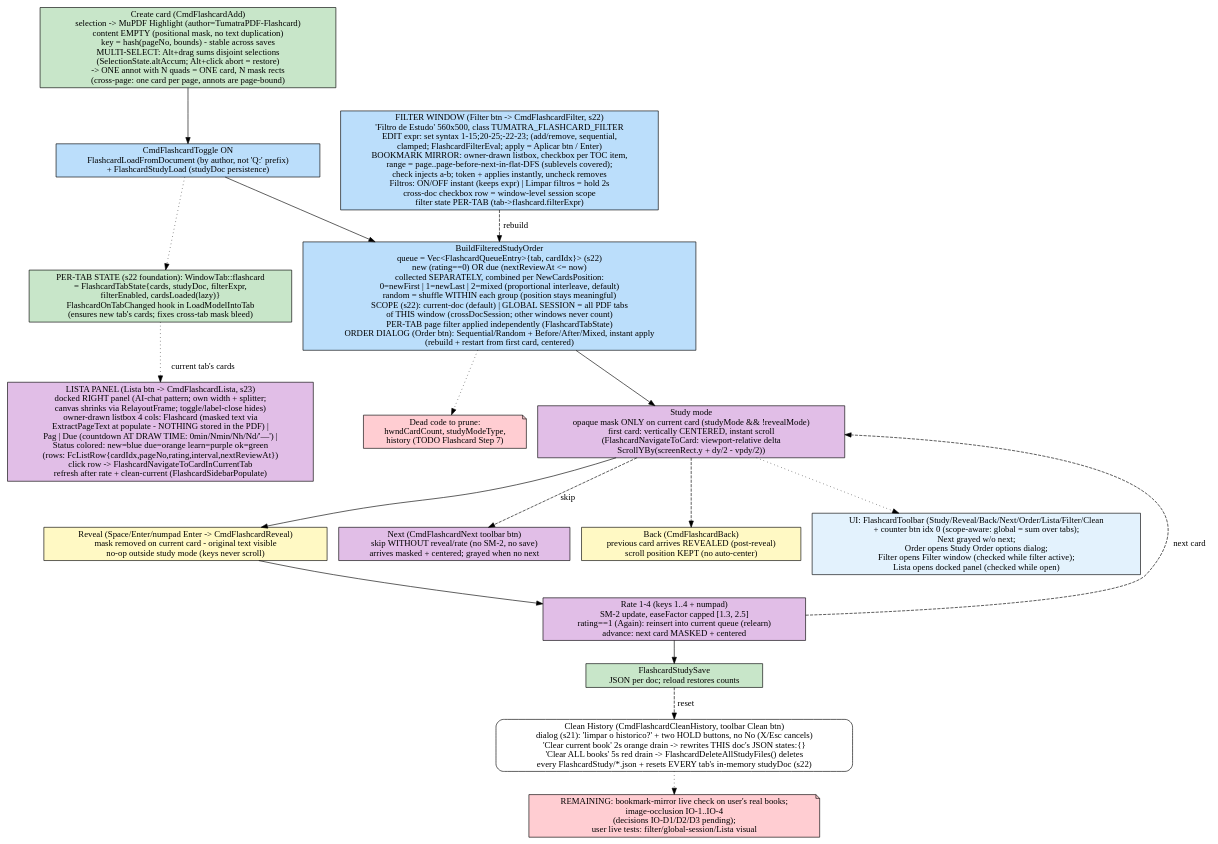
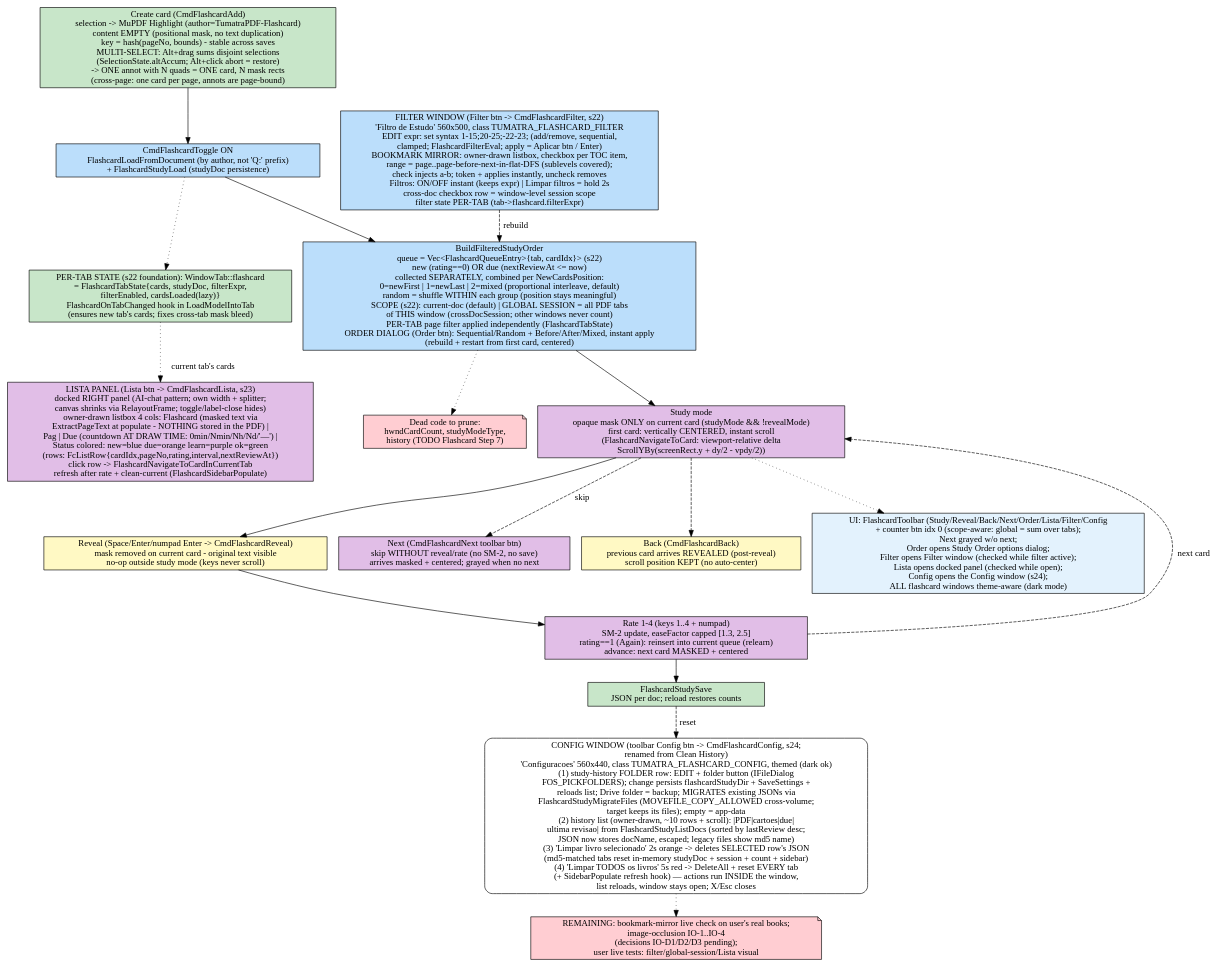
The diagram in FLOW/flashcard.dot (FelipeTesta/TumatraPDF), drawn with Graphviz before and after one commit. The commit also changed 38 other files, not shown here.

```diff
--- a/FLOW/flashcard.dot
+++ b/FLOW/flashcard.dot
@@ -1,37 +1,37 @@
 digraph Flashcard {
     rankdir=TB;
     node [shape=box, style=rounded];
 
     create [label="Create card (CmdFlashcardAdd)\nselection -> MuPDF Highlight (author=TumatraPDF-Flashcard)\ncontent EMPTY (positional mask, no text duplication)\nkey = hash(pageNo, bounds) - stable across saves\nMULTI-SELECT: Alt+drag sums disjoint selections\n(SelectionState.altAccum; Alt+click abort = restore)\n-> ONE annot with N quads = ONE card, N mask rects\n(cross-page: one card per page, annots are page-bound)", fillcolor="#c8e6c9", style=filled];
     load [label="CmdFlashcardToggle ON\nFlashcardLoadFromDocument (by author, not 'Q:' prefix)\n+ FlashcardStudyLoad (studyDoc persistence)", fillcolor="#bbdefb", style=filled];
     filter [label="BuildFilteredStudyOrder\nqueue = Vec<FlashcardQueueEntry>{tab, cardIdx}> (s22)\nnew (rating==0) OR due (nextReviewAt <= now)\ncollected SEPARATELY, combined per NewCardsPosition:\n0=newFirst | 1=newLast | 2=mixed (proportional interleave, default)\nrandom = shuffle WITHIN each group (position stays meaningful)\nSCOPE (s22): current-doc (default) | GLOBAL SESSION = all PDF tabs\nof THIS window (crossDocSession; other windows never count)\nPER-TAB page filter applied independently (FlashcardTabState)\nORDER DIALOG (Order btn): Sequential/Random + Before/After/Mixed, instant apply\n(rebuild + restart from first card, centered)", fillcolor="#bbdefb", style=filled];
     filterdlg [label="FILTER WINDOW (Filter btn -> CmdFlashcardFilter, s22)\n'Filtro de Estudo' 560x500, class TUMATRA_FLASHCARD_FILTER\nEDIT expr: set syntax 1-15;20-25;-22-23; (add/remove, sequential,\nclamped; FlashcardFilterEval; apply = Aplicar btn / Enter)\nBOOKMARK MIRROR: owner-drawn listbox, checkbox per TOC item,\nrange = page..page-before-next-in-flat-DFS (sublevels covered);\ncheck injects a-b; token + applies instantly, uncheck removes\nFiltros: ON/OFF instant (keeps expr) | Limpar filtros = hold 2s\ncross-doc checkbox row = window-level session scope\nfilter state PER-TAB (tab->flashcard.filterExpr)", fillcolor="#bbdefb", style=filled];
     filterdlg -> filter [style=dashed, label="rebuild"];
     study [label="Study mode\nopaque mask ONLY on current card (studyMode && !revealMode)\nfirst card: vertically CENTERED, instant scroll\n(FlashcardNavigateToCard: viewport-relative delta\nScrollYBy(screenRect.y + dy/2 - vpdy/2))", fillcolor="#e1bee7", style=filled];
     reveal [label="Reveal (Space/Enter/numpad Enter -> CmdFlashcardReveal)\nmask removed on current card - original text visible\nno-op outside study mode (keys never scroll)", fillcolor="#fff9c4", style=filled];
     rate [label="Rate 1-4 (keys 1..4 + numpad)\nSM-2 update, easeFactor capped [1.3, 2.5]\nrating==1 (Again): reinsert into current queue (relearn)\nadvance: next card MASKED + centered", fillcolor="#e1bee7", style=filled];
     next [label="Next (CmdFlashcardNext toolbar btn)\nskip WITHOUT reveal/rate (no SM-2, no save)\narrives masked + centered; grayed when no next", fillcolor="#e1bee7", style=filled];
     back [label="Back (CmdFlashcardBack)\nprevious card arrives REVEALED (post-reveal)\nscroll position KEPT (no auto-center)", fillcolor="#fff9c4", style=filled];
     persist [label="FlashcardStudySave\nJSON per doc; reload restores counts", fillcolor="#c8e6c9", style=filled];
 
     create -> load -> filter -> study -> reveal -> rate -> persist;
     rate -> study [style=dashed, label="next card"];
     study -> next [style=dashed, label="skip"];
     study -> back [style=dashed];
 
-    clean [label="Clean History (CmdFlashcardCleanHistory, toolbar Clean btn)\ndialog (s21): 'limpar o historico?' + two HOLD buttons, no No (X/Esc cancels)\n'Clear current book' 2s orange drain -> rewrites THIS doc's JSON states:{}\n'Clear ALL books' 5s red drain -> FlashcardDeleteAllStudyFiles() deletes\nevery FlashcardStudy/*.json + resets EVERY tab's in-memory studyDoc (s22)"];
+    clean [label="CONFIG WINDOW (toolbar Config btn -> CmdFlashcardConfig, s24;\nrenamed from Clean History)\n'Configuracoes' 560x440, class TUMATRA_FLASHCARD_CONFIG, themed (dark ok)\n(1) study-history FOLDER row: EDIT + folder button (IFileDialog\nFOS_PICKFOLDERS); change persists flashcardStudyDir + SaveSettings +\nreloads list; Drive folder = backup; MIGRATES existing JSONs via\nFlashcardStudyMigrateFiles (MOVEFILE_COPY_ALLOWED cross-volume;\ntarget keeps its files); empty = app-data\n(2) history list (owner-drawn, ~10 rows + scroll): |PDF|cartoes|due|\nultima revisao| from FlashcardStudyListDocs (sorted by lastReview desc;\nJSON now stores docName, escaped; legacy files show md5 name)\n(3) 'Limpar livro selecionado' 2s orange -> deletes SELECTED row's JSON\n(md5-matched tabs reset in-memory studyDoc + session + count + sidebar)\n(4) 'Limpar TODOS os livros' 5s red -> DeleteAll + reset EVERY tab\n(+ SidebarPopulate refresh hook) — actions run INSIDE the window,\nlist reloads, window stays open; X/Esc closes"];
     persist -> clean [style=dashed, label="reset"];
     lista [label="LISTA PANEL (Lista btn -> CmdFlashcardLista, s23)\ndocked RIGHT panel (AI-chat pattern; own width + splitter;\ncanvas shrinks via RelayoutFrame; toggle/label-close hides)\nowner-drawn listbox 4 cols: Flashcard (masked text via\nExtractPageText at populate - NOTHING stored in the PDF) |\nPag | Due (countdown AT DRAW TIME: 0min/Nmin/Nh/Nd/'—') |\nStatus colored: new=blue due=orange learn=purple ok=green\n(rows: FcListRow{cardIdx,pageNo,rating,interval,nextReviewAt})\nclick row -> FlashcardNavigateToCardInCurrentTab\nrefresh after rate + clean-current (FlashcardSidebarPopulate)", fillcolor="#e1bee7", style=filled];
     pertab -> lista [style=dotted, label="current tab's cards"];
     pending [label="REMAINING: bookmark-mirror live check on user's real books;\nimage-occlusion IO-1..IO-4\n(decisions IO-D1/D2/D3 pending);\nuser live tests: filter/global-session/Lista visual", shape=note, fillcolor="#ffcdd2", style=filled];
     clean -> pending [style=dotted];
 
     dead [label="Dead code to prune:\nhwndCardCount, studyModeType,\nhistory (TODO Flashcard Step 7)", shape=note, fillcolor="#ffcdd2", style=filled];
     filter -> dead [style=dotted];
 
-    ui [label="UI: FlashcardToolbar (Study/Reveal/Back/Next/Order/Lista/Filter/Clean\n+ counter btn idx 0 (scope-aware: global = sum over tabs);\nNext grayed w/o next;\nOrder opens Study Order options dialog;\nFilter opens Filter window (checked while filter active);\nLista opens docked panel (checked while open)", shape=box, fillcolor="#e3f2fd", style=filled];
+    ui [label="UI: FlashcardToolbar (Study/Reveal/Back/Next/Order/Lista/Filter/Config\n+ counter btn idx 0 (scope-aware: global = sum over tabs);\nNext grayed w/o next;\nOrder opens Study Order options dialog;\nFilter opens Filter window (checked while filter active);\nLista opens docked panel (checked while open);\nConfig opens the Config window (s24);\nALL flashcard windows theme-aware (dark mode)", shape=box, fillcolor="#e3f2fd", style=filled];
     study -> ui [style=dotted];
 
     pertab [label="PER-TAB STATE (s22 foundation): WindowTab::flashcard\n= FlashcardTabState{cards, studyDoc, filterExpr,\nfilterEnabled, cardsLoaded(lazy)}\nFlashcardOnTabChanged hook in LoadModelIntoTab\n(ensures new tab's cards; fixes cross-tab mask bleed)", fillcolor="#c8e6c9", style=filled];
     load -> pertab [style=dotted];
 }
```
